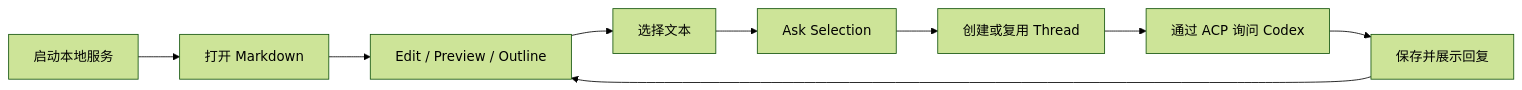
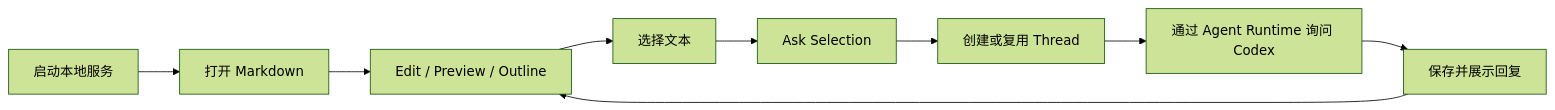
One commit to GatewayJ/Xuanniao changed the first of 2 diagrams in prd.md. Above: the diagram before and after it, drawn with Mermaid (forest theme). The commit also changed other lines of this file and 48 other files, not shown here.

````diff
--- a/prd.md
+++ b/prd.md
@@ -74,11 +74,11 @@
 ```mermaid
 flowchart LR
   Start[启动本地服务] --> Open[打开 Markdown]
   Open --> Edit[Edit / Preview / Outline]
   Edit --> Select[选择文本]
   Select --> Ask[Ask Selection]
   Ask --> Thread[创建或复用 Thread]
-  Thread --> ACP[通过 ACP 询问 Codex]
-  ACP --> Reply[保存并展示回复]
+  Thread --> Runtime[通过 Agent Runtime 询问 Codex]
+  Runtime --> Reply[保存并展示回复]
   Reply --> Edit
 ```
````
